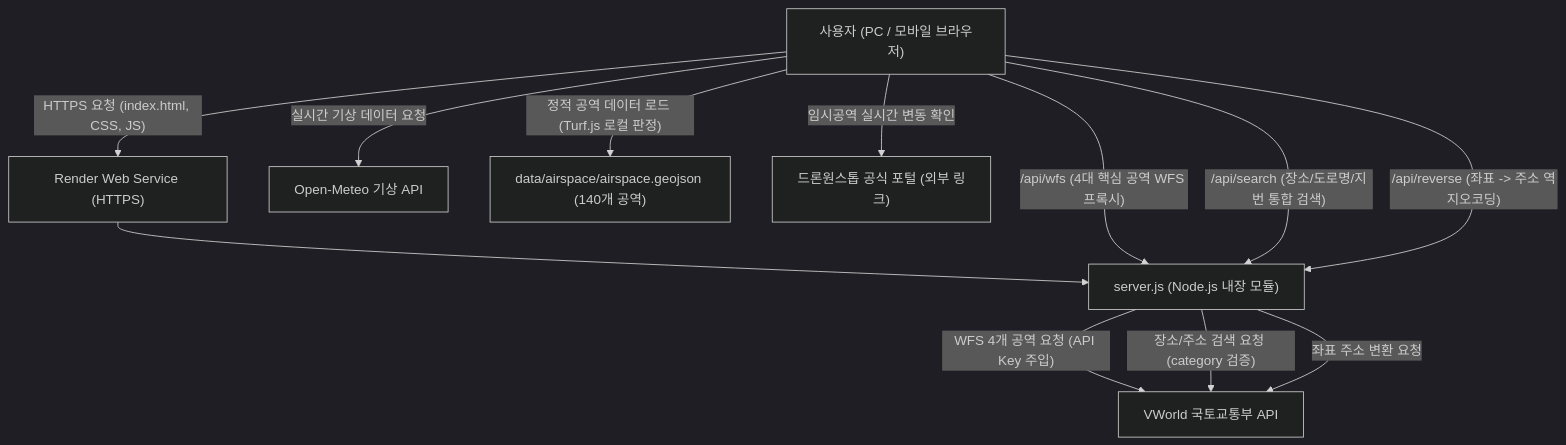
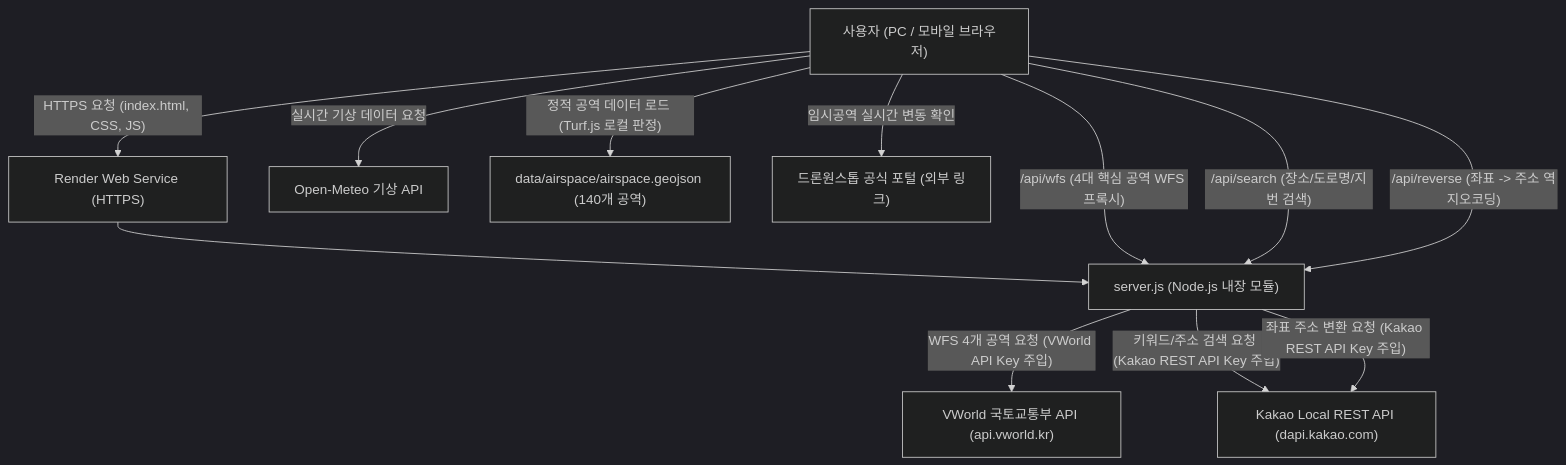
Before and after one commit to mino05214-sudo/drone-safety-check: the diagram in PROJECT_MASTER.md, drawn with Mermaid (dark theme). The commit also changed other lines of this file and 8 other files, not shown here.

````diff
--- a/PROJECT_MASTER.md
+++ b/PROJECT_MASTER.md
@@ -21,22 +22,23 @@
 ```mermaid
 flowchart TD
     User["사용자 (PC / 모바일 브라우저)"]
     Cloud["Render Web Service (HTTPS)"]
     Server["server.js (Node.js 내장 모듈)"]
-    VWorld["VWorld 국토교통부 API"]
+    Kakao["Kakao Local REST API (dapi.kakao.com)"]
+    VWorld["VWorld 국토교통부 API (api.vworld.kr)"]
     OpenMeteo["Open-Meteo 기상 API"]
     StaticData["data/airspace/airspace.geojson (140개 공역)"]
     DrOneStop["드론원스톱 공식 포털 (외부 링크)"]
 
     User -->|"HTTPS 요청 (index.html, CSS, JS)"| Cloud
     Cloud --> Server
     User -->|"정적 공역 데이터 로드 (Turf.js 로컬 판정)"| StaticData
     User -->|"실시간 기상 데이터 요청"| OpenMeteo
     User -->|"/api/wfs (4대 핵심 공역 WFS 프록시)"| Server
-    User -->|"/api/search (장소/도로명/지번 통합 검색)"| Server
+    User -->|"/api/search (장소/도로명/지번 검색)"| Server
     User -->|"/api/reverse (좌표 -> 주소 역지오코딩)"| Server
     User -->|"임시공역 실시간 변동 확인"| DrOneStop
-    Server -->|"WFS 4개 공역 요청 (API Key 주입)"| VWorld
-    Server -->|"장소/주소 검색 요청 (category 검증)"| VWorld
-    Server -->|"좌표 주소 변환 요청"| VWorld
+    Server -->|"WFS 4개 공역 요청 (VWorld API Key 주입)"| VWorld
+    Server -->|"키워드/주소 검색 요청 (Kakao REST API Key 주입)"| Kakao
+    Server -->|"좌표 주소 변환 요청 (Kakao REST API Key 주입)"| Kakao
 ```
````
